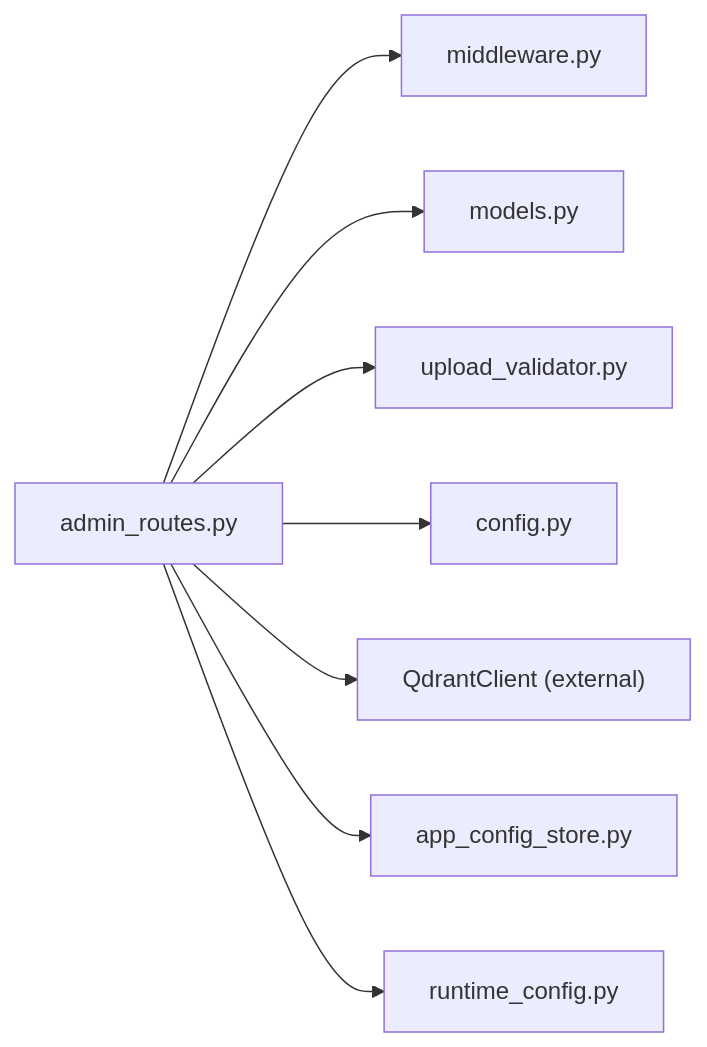
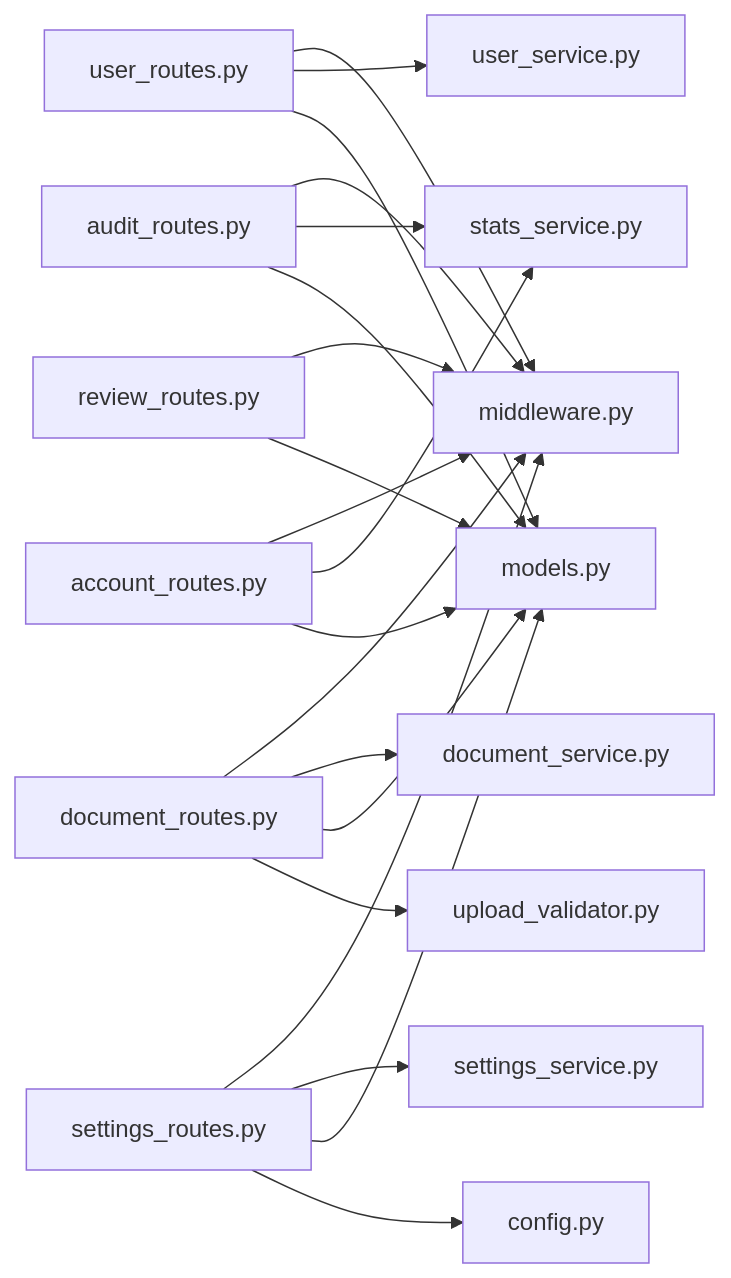
The fourth of 4 diagrams in .qoder/repowiki/en/content/API Reference/Administrative API/Administrative API.md (genes8/private-ai), drawn with Mermaid before and after one commit. The commit also changed other lines of this file and 55 other files, not shown here.

````diff
--- a/.qoder/repowiki/en/content/API Reference/Administrative API/Administrative API.md
+++ b/.qoder/repowiki/en/content/API Reference/Administrative API/Administrative API.md
@@ -392,10 +504,22 @@
 ```mermaid
 graph LR
-Admin["admin_routes.py"] --> MW["middleware.py"]
-Admin --> DB["models.py"]
-Admin --> UV["upload_validator.py"]
-Admin --> CFG["config.py"]
-Admin --> QD["QdrantClient (external)"]
-Admin --> SS["app_config_store.py"]
-Admin --> RS["runtime_config.py"]
+UR["user_routes.py"] --> MW["middleware.py"]
+DR["document_routes.py"] --> MW
+AR["audit_routes.py"] --> MW
+RR["review_routes.py"] --> MW
+SR["settings_routes.py"] --> MW
+ACR["account_routes.py"] --> MW
+UR --> US["user_service.py"]
+DR --> DS["document_service.py"]
+AR --> STS["stats_service.py"]
+SR --> SS["settings_service.py"]
+ACR --> STS
+UR --> DB["models.py"]
+DR --> DB
+AR --> DB
+RR --> DB
+SR --> DB
+ACR --> DB
+DR --> UV["upload_validator.py"]
+SR --> CFG["config.py"]
 ```
````
